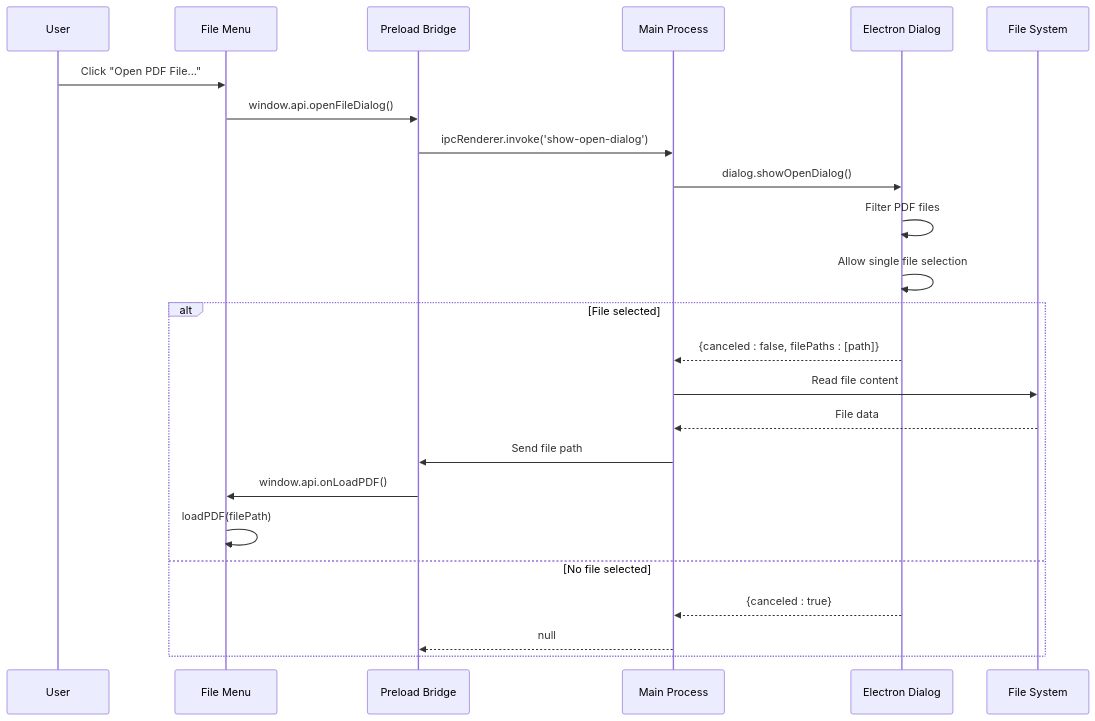
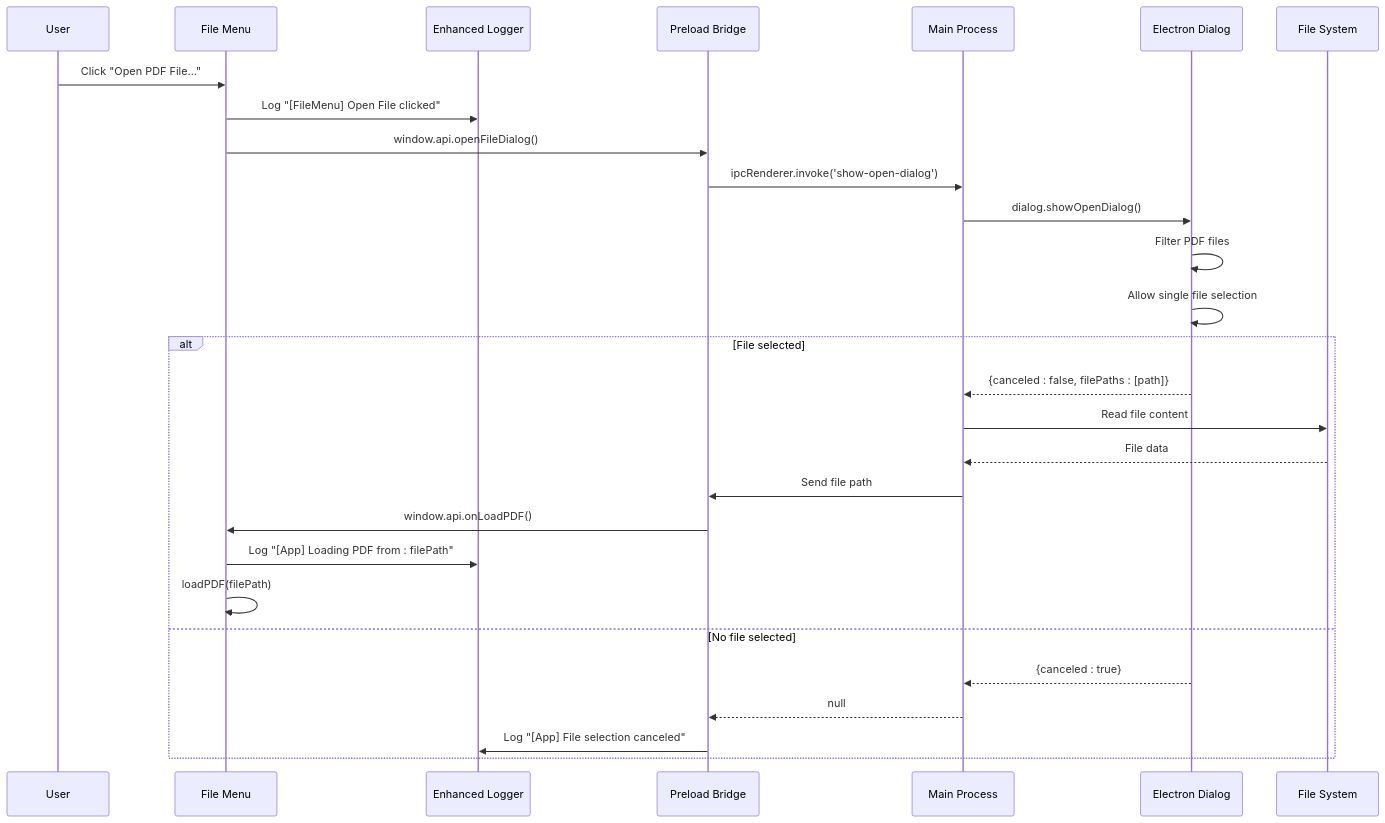
One commit to Chunde/SciPDFReader changed the fifth of 6 diagrams in .qoder/repowiki/en/content/Core Components/File Menu System.md. Above: the diagram before and after it, drawn with Mermaid. The commit also changed other lines of this file and 9 other files, not shown here.

````diff
--- a/.qoder/repowiki/en/content/Core Components/File Menu System.md
+++ b/.qoder/repowiki/en/content/Core Components/File Menu System.md
@@ -220,26 +260,30 @@
 ```mermaid
 sequenceDiagram
 participant User as User
 participant Menu as File Menu
+participant Logger as Enhanced Logger
 participant Preload as Preload Bridge
 participant Main as Main Process
 participant Dialog as Electron Dialog
 participant FS as File System
 User->>Menu : Click "Open PDF File..."
+Menu->>Logger : Log "[FileMenu] Open File clicked"
 Menu->>Preload : window.api.openFileDialog()
 Preload->>Main : ipcRenderer.invoke('show-open-dialog')
 Main->>Dialog : dialog.showOpenDialog()
 Dialog->>Dialog : Filter PDF files
 Dialog->>Dialog : Allow single file selection
 alt File selected
 Dialog-->>Main : {canceled : false, filePaths : [path]}
 Main->>FS : Read file content
 FS-->>Main : File data
 Main->>Preload : Send file path
 Preload->>Menu : window.api.onLoadPDF()
+Menu->>Logger : Log "[App] Loading PDF from : filePath"
 Menu->>Menu : loadPDF(filePath)
 else No file selected
 Dialog-->>Main : {canceled : true}
 Main-->>Preload : null
+Preload->>Logger : Log "[App] File selection canceled"
 end
 ```
````
